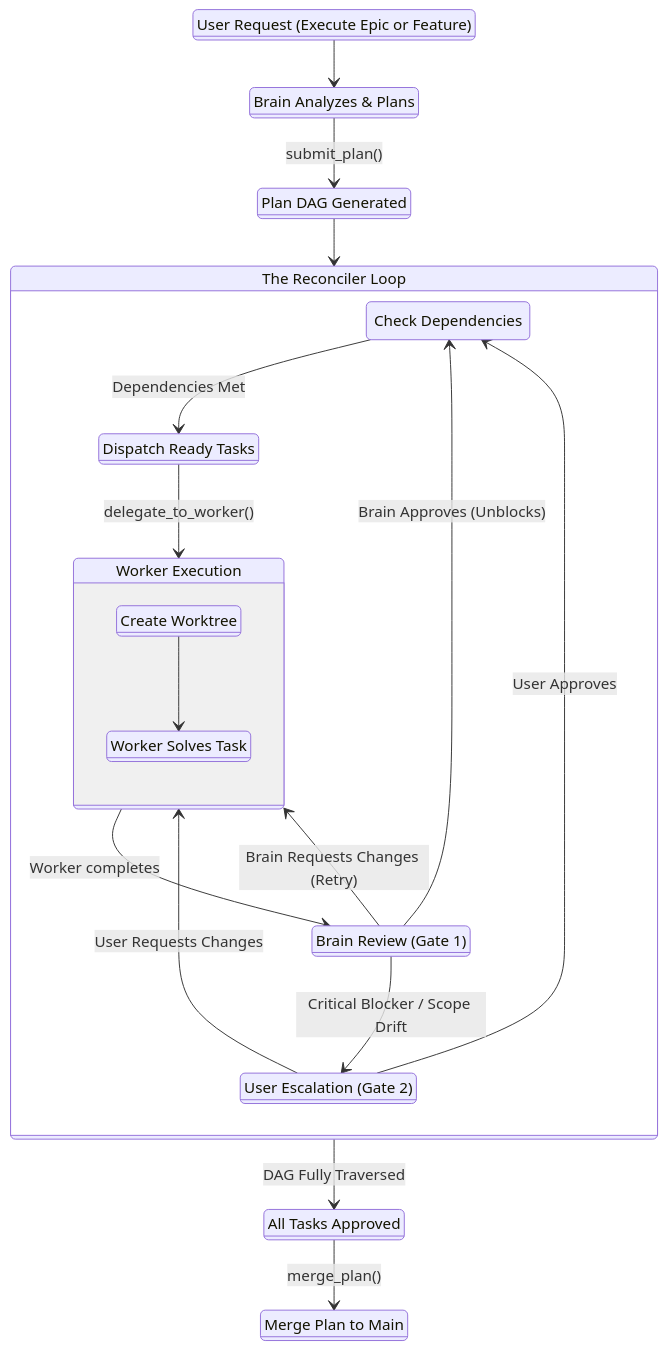
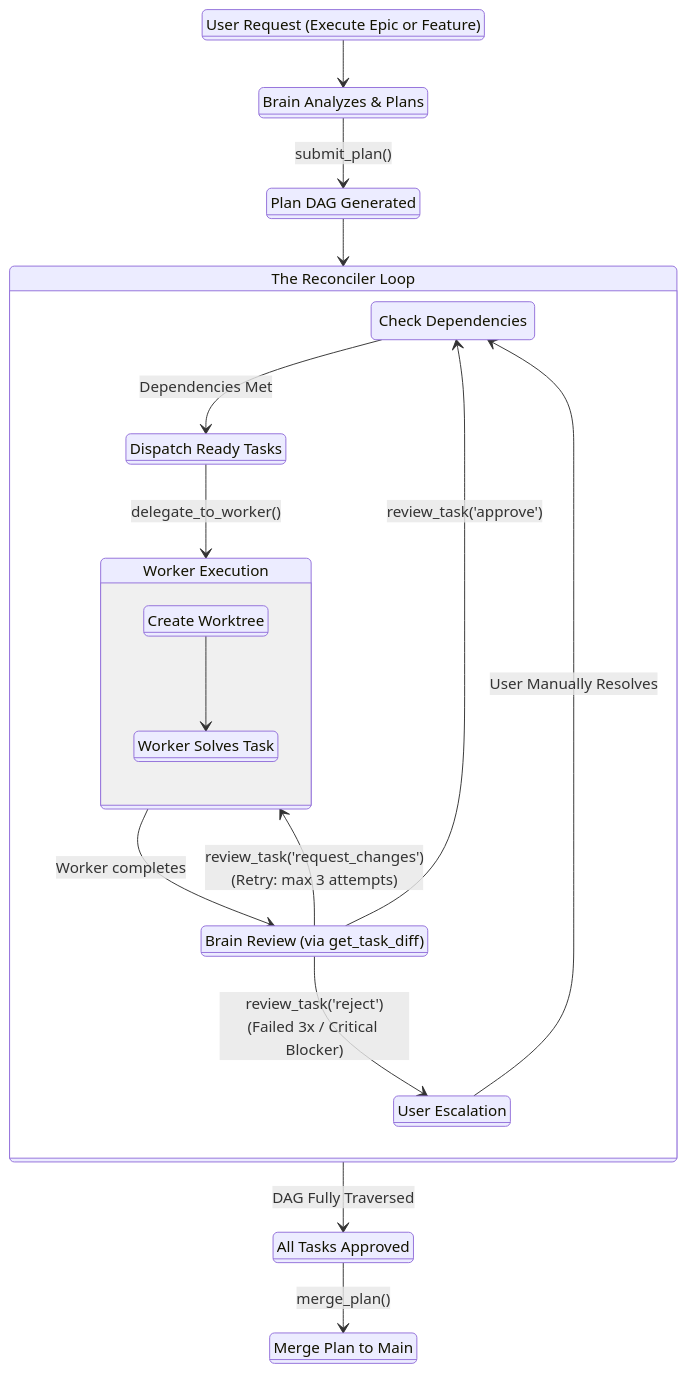
The first of 3 diagrams in docs/user-docs/04-issues-and-planning.md (getspur/spur), drawn with Mermaid before and after one commit. The commit also changed other lines of this file, not shown here.

Commit message:
docs: clarify Autonomous Mode review mechanics in user docs and sync submodule

````diff
--- a/docs/user-docs/04-issues-and-planning.md
+++ b/docs/user-docs/04-issues-and-planning.md
@@ -113,47 +115,46 @@
 ```mermaid
 stateDiagram-v2
     %% Define styles
     classDef brainState fill:#1f6feb,color:#fff,stroke:#113d8f,stroke-width:2px;
     classDef workerState fill:#238636,color:#fff,stroke:#2ea043,stroke-width:2px;
     classDef systemState fill:#444,color:#fff,stroke:#222,stroke-width:2px;
     classDef userState fill:#9e6a03,color:#fff,stroke:#d29922,stroke-width:2px;
 
     state "User Request (Execute Epic or Feature)" as Request:::userState
     state "Brain Analyzes & Plans" as Planning:::brainState
     state "Plan DAG Generated" as DAG:::systemState
     
     state "The Reconciler Loop" as Reconciler {
         state "Check Dependencies" as CheckDeps
         state "Dispatch Ready Tasks" as Dispatch:::systemState
         
         state "Worker Execution" as Executing {
             state "Create Worktree" as WT:::systemState
             state "Worker Solves Task" as Worker:::workerState
             WT --> Worker
         }
         
-        state "Brain Review (Gate 1)" as BrainReview:::brainState
-        state "User Escalation (Gate 2)" as UserEscalation:::userState
+        state "Brain Review (via get_task_diff)" as BrainReview:::brainState
+        state "User Escalation" as UserEscalation:::userState
         
         CheckDeps --> Dispatch : Dependencies Met
         Dispatch --> Executing : delegate_to_worker()
         Executing --> BrainReview : Worker completes
         
-        BrainReview --> CheckDeps : Brain Approves (Unblocks)
-        BrainReview --> Executing : Brain Requests Changes (Retry)
-        BrainReview --> UserEscalation : Critical Blocker / Scope Drift
+        BrainReview --> CheckDeps : review_task('approve')
+        BrainReview --> Executing : review_task('request_changes')<br/>(Retry: max 3 attempts)
+        BrainReview --> UserEscalation : review_task('reject')<br/>(Failed 3x / Critical Blocker)
         
-        UserEscalation --> CheckDeps : User Approves
-        UserEscalation --> Executing : User Requests Changes
+        UserEscalation --> CheckDeps : User Manually Resolves
     }
     
     state "All Tasks Approved" as Complete:::systemState
     state "Merge Plan to Main" as Merge:::brainState
 
     Request --> Planning
     Planning --> DAG : submit_plan()
     DAG --> Reconciler
     
     Reconciler --> Complete : DAG Fully Traversed
     Complete --> Merge : merge_plan()
 ```
````
